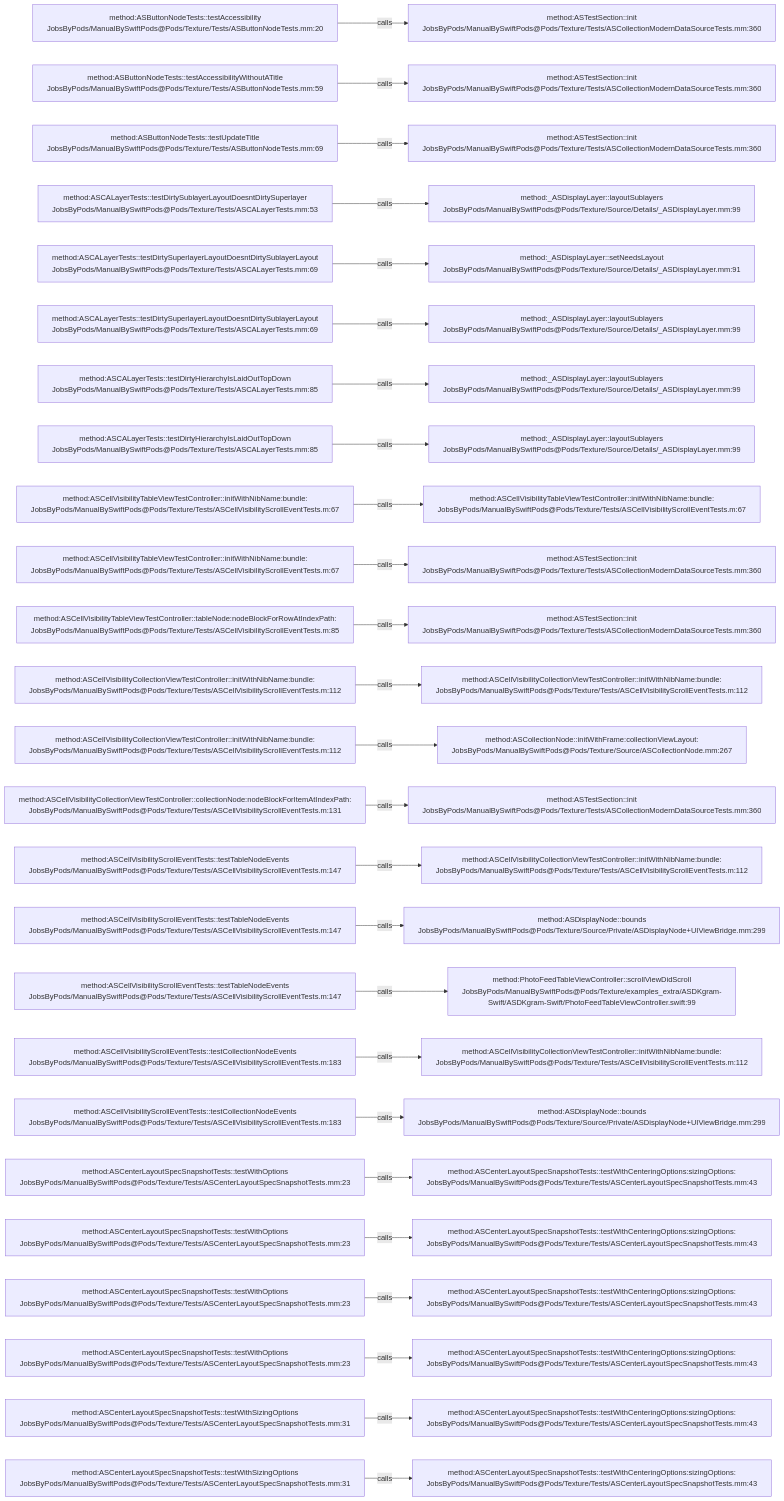
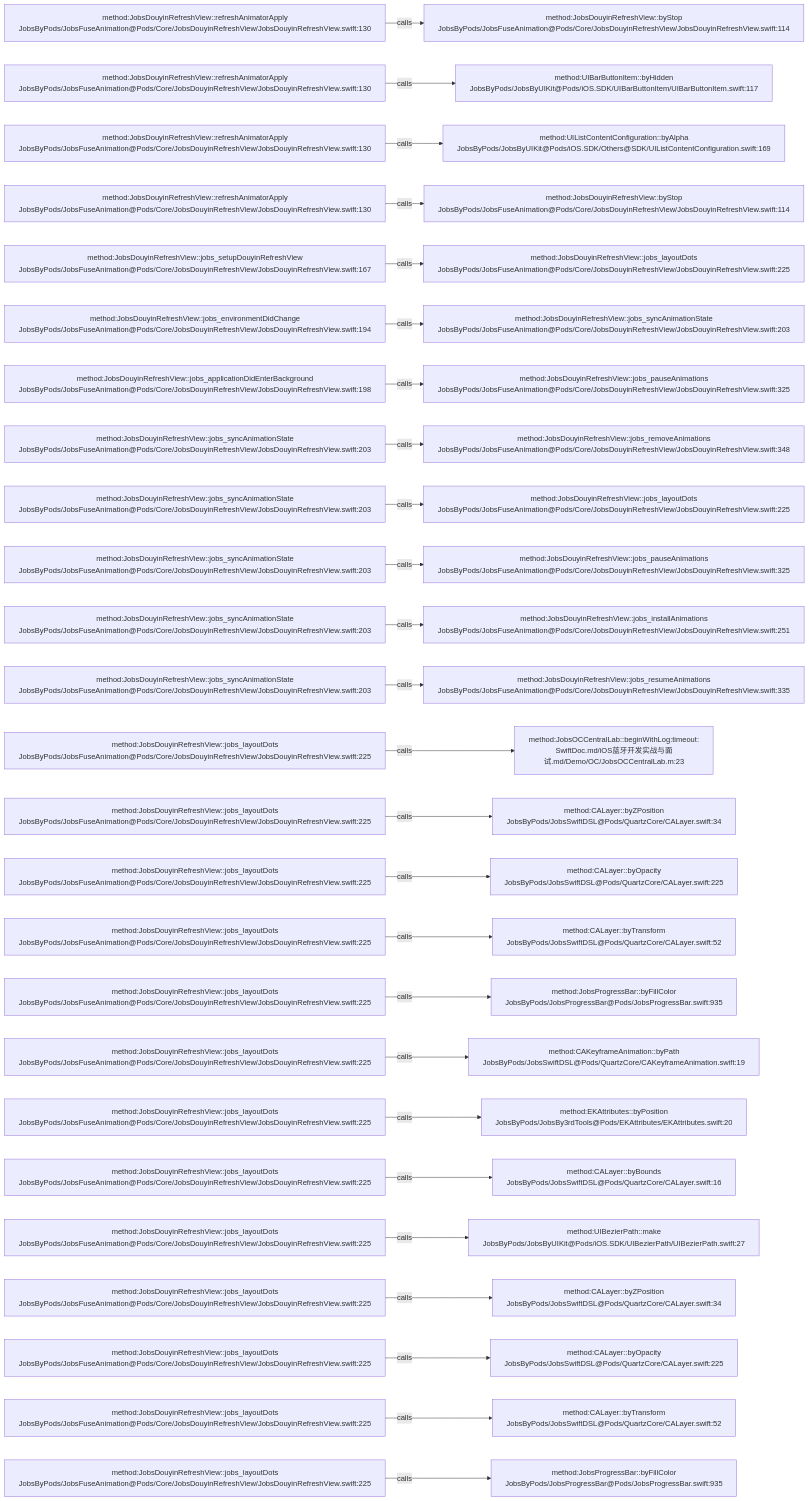
One commit to JobsKits/JobsSwiftBaseConfigDemo changed the diagram in .codegraph/codegraph.md/graphs/calls-166.md. Above: the diagram before and after it, drawn with Mermaid. The commit also changed 224 other files, not shown here.

````diff
--- a/.codegraph/codegraph.md/graphs/calls-166.md
+++ b/.codegraph/codegraph.md/graphs/calls-166.md
@@ -13,78 +13,78 @@
 ```mermaid
 flowchart LR
-  S1["method:ASButtonNodeTests::testAccessibility<br/>JobsByPods/ManualBySwiftPods@Pods/Texture/Tests/ASButtonNodeTests.mm:20"]
-  T1["method:ASTestSection::init<br/>JobsByPods/ManualBySwiftPods@Pods/Texture/Tests/ASCollectionModernDataSourceTests.mm:360"]
+  S1["method:JobsDouyinRefreshView::refreshAnimatorApply<br/>JobsByPods/JobsFuseAnimation@Pods/Core/JobsDouyinRefreshView/JobsDouyinRefreshView.swift:130"]
+  T1["method:JobsDouyinRefreshView::byStop<br/>JobsByPods/JobsFuseAnimation@Pods/Core/JobsDouyinRefreshView/JobsDouyinRefreshView.swift:114"]
   S1 -->|calls| T1
-  S2["method:ASButtonNodeTests::testAccessibilityWithoutATitle<br/>JobsByPods/ManualBySwiftPods@Pods/Texture/Tests/ASButtonNodeTests.mm:59"]
-  T2["method:ASTestSection::init<br/>JobsByPods/ManualBySwiftPods@Pods/Texture/Tests/ASCollectionModernDataSourceTests.mm:360"]
+  S2["method:JobsDouyinRefreshView::refreshAnimatorApply<br/>JobsByPods/JobsFuseAnimation@Pods/Core/JobsDouyinRefreshView/JobsDouyinRefreshView.swift:130"]
+  T2["method:UIBarButtonItem::byHidden<br/>JobsByPods/JobsByUIKit@Pods/iOS.SDK/UIBarButtonItem/UIBarButtonItem.swift:117"]
   S2 -->|calls| T2
-  S3["method:ASButtonNodeTests::testUpdateTitle<br/>JobsByPods/ManualBySwiftPods@Pods/Texture/Tests/ASButtonNodeTests.mm:69"]
-  T3["method:ASTestSection::init<br/>JobsByPods/ManualBySwiftPods@Pods/Texture/Tests/ASCollectionModernDataSourceTests.mm:360"]
+  S3["method:JobsDouyinRefreshView::refreshAnimatorApply<br/>JobsByPods/JobsFuseAnimation@Pods/Core/JobsDouyinRefreshView/JobsDouyinRefreshView.swift:130"]
+  T3["method:UIListContentConfiguration::byAlpha<br/>JobsByPods/JobsByUIKit@Pods/iOS.SDK/Others@SDK/UIListContentConfiguration.swift:169"]
   S3 -->|calls| T3
-  S4["method:ASCALayerTests::testDirtySublayerLayoutDoesntDirtySuperlayer<br/>JobsByPods/ManualBySwiftPods@Pods/Texture/Tests/ASCALayerTests.mm:53"]
-  T4["method:_ASDisplayLayer::layoutSublayers<br/>JobsByPods/ManualBySwiftPods@Pods/Texture/Source/Details/_ASDisplayLayer.mm:99"]
+  S4["method:JobsDouyinRefreshView::refreshAnimatorApply<br/>JobsByPods/JobsFuseAnimation@Pods/Core/JobsDouyinRefreshView/JobsDouyinRefreshView.swift:130"]
+  T4["method:JobsDouyinRefreshView::byStop<br/>JobsByPods/JobsFuseAnimation@Pods/Core/JobsDouyinRefreshView/JobsDouyinRefreshView.swift:114"]
   S4 -->|calls| T4
-  S5["method:ASCALayerTests::testDirtySuperlayerLayoutDoesntDirtySublayerLayout<br/>JobsByPods/ManualBySwiftPods@Pods/Texture/Tests/ASCALayerTests.mm:69"]
-  T5["method:_ASDisplayLayer::setNeedsLayout<br/>JobsByPods/ManualBySwiftPods@Pods/Texture/Source/Details/_ASDisplayLayer.mm:91"]
+  S5["method:JobsDouyinRefreshView::jobs_setupDouyinRefreshView<br/>JobsByPods/JobsFuseAnimation@Pods/Core/JobsDouyinRefreshView/JobsDouyinRefreshView.swift:167"]
+  T5["method:JobsDouyinRefreshView::jobs_layoutDots<br/>JobsByPods/JobsFuseAnimation@Pods/Core/JobsDouyinRefreshView/JobsDouyinRefreshView.swift:225"]
   S5 -->|calls| T5
-  S6["method:ASCALayerTests::testDirtySuperlayerLayoutDoesntDirtySublayerLayout<br/>JobsByPods/ManualBySwiftPods@Pods/Texture/Tests/ASCALayerTests.mm:69"]
-  T6["method:_ASDisplayLayer::layoutSublayers<br/>JobsByPods/ManualBySwiftPods@Pods/Texture/Source/Details/_ASDisplayLayer.mm:99"]
+  S6["method:JobsDouyinRefreshView::jobs_environmentDidChange<br/>JobsByPods/JobsFuseAnimation@Pods/Core/JobsDouyinRefreshView/JobsDouyinRefreshView.swift:194"]
+  T6["method:JobsDouyinRefreshView::jobs_syncAnimationState<br/>JobsByPods/JobsFuseAnimation@Pods/Core/JobsDouyinRefreshView/JobsDouyinRefreshView.swift:203"]
   S6 -->|calls| T6
-  S7["method:ASCALayerTests::testDirtyHierarchyIsLaidOutTopDown<br/>JobsByPods/ManualBySwiftPods@Pods/Texture/Tests/ASCALayerTests.mm:85"]
-  T7["method:_ASDisplayLayer::layoutSublayers<br/>JobsByPods/ManualBySwiftPods@Pods/Texture/Source/Details/_ASDisplayLayer.mm:99"]
+  S7["method:JobsDouyinRefreshView::jobs_applicationDidEnterBackground<br/>JobsByPods/JobsFuseAnimation@Pods/Core/JobsDouyinRefreshView/JobsDouyinRefreshView.swift:198"]
+  T7["method:JobsDouyinRefreshView::jobs_pauseAnimations<br/>JobsByPods/JobsFuseAnimation@Pods/Core/JobsDouyinRefreshView/JobsDouyinRefreshView.swift:325"]
   S7 -->|calls| T7
-  S8["method:ASCALayerTests::testDirtyHierarchyIsLaidOutTopDown<br/>JobsByPods/ManualBySwiftPods@Pods/Texture/Tests/ASCALayerTests.mm:85"]
-  T8["method:_ASDisplayLayer::layoutSublayers<br/>JobsByPods/ManualBySwiftPods@Pods/Texture/Source/Details/_ASDisplayLayer.mm:99"]
+  S8["method:JobsDouyinRefreshView::jobs_syncAnimationState<br/>JobsByPods/JobsFuseAnimation@Pods/Core/JobsDouyinRefreshView/JobsDouyinRefreshView.swift:203"]
+  T8["method:JobsDouyinRefreshView::jobs_removeAnimations<br/>JobsByPods/JobsFuseAnimation@Pods/Core/JobsDouyinRefreshView/JobsDouyinRefreshView.swift:348"]
   S8 -->|calls| T8
-  S9["method:ASCellVisibilityTableViewTestController::initWithNibName:bundle:<br/>JobsByPods/ManualBySwiftPods@Pods/Texture/Tests/ASCellVisibilityScrollEventTests.m:67"]
-  T9["method:ASCellVisibilityTableViewTestController::initWithNibName:bundle:<br/>JobsByPods/ManualBySwiftPods@Pods/Texture/Tests/ASCellVisibilityScrollEventTests.m:67"]
+  S9["method:JobsDouyinRefreshView::jobs_syncAnimationState<br/>JobsByPods/JobsFuseAnimation@Pods/Core/JobsDouyinRefreshView/JobsDouyinRefreshView.swift:203"]
+  T9["method:JobsDouyinRefreshView::jobs_layoutDots<br/>JobsByPods/JobsFuseAnimation@Pods/Core/JobsDouyinRefreshView/JobsDouyinRefreshView.swift:225"]
   S9 -->|calls| T9
-  S10["method:ASCellVisibilityTableViewTestController::initWithNibName:bundle:<br/>JobsByPods/ManualBySwiftPods@Pods/Texture/Tests/ASCellVisibilityScrollEventTests.m:67"]
-  T10["method:ASTestSection::init<br/>JobsByPods/ManualBySwiftPods@Pods/Texture/Tests/ASCollectionModernDataSourceTests.mm:360"]
+  S10["method:JobsDouyinRefreshView::jobs_syncAnimationState<br/>JobsByPods/JobsFuseAnimation@Pods/Core/JobsDouyinRefreshView/JobsDouyinRefreshView.swift:203"]
+  T10["method:JobsDouyinRefreshView::jobs_pauseAnimations<br/>JobsByPods/JobsFuseAnimation@Pods/Core/JobsDouyinRefreshView/JobsDouyinRefreshView.swift:325"]
   S10 -->|calls| T10
-  S11["method:ASCellVisibilityTableViewTestController::tableNode:nodeBlockForRowAtIndexPath:<br/>JobsByPods/ManualBySwiftPods@Pods/Texture/Tests/ASCellVisibilityScrollEventTests.m:85"]
-  T11["method:ASTestSection::init<br/>JobsByPods/ManualBySwiftPods@Pods/Texture/Tests/ASCollectionModernDataSourceTests.mm:360"]
+  S11["method:JobsDouyinRefreshView::jobs_syncAnimationState<br/>JobsByPods/JobsFuseAnimation@Pods/Core/JobsDouyinRefreshView/JobsDouyinRefreshView.swift:203"]
+  T11["method:JobsDouyinRefreshView::jobs_installAnimations<br/>JobsByPods/JobsFuseAnimation@Pods/Core/JobsDouyinRefreshView/JobsDouyinRefreshView.swift:251"]
   S11 -->|calls| T11
-  S12["method:ASCellVisibilityCollectionViewTestController::initWithNibName:bundle:<br/>JobsByPods/ManualBySwiftPods@Pods/Texture/Tests/ASCellVisibilityScrollEventTests.m:112"]
-  T12["method:ASCellVisibilityCollectionViewTestController::initWithNibName:bundle:<br/>JobsByPods/ManualBySwiftPods@Pods/Texture/Tests/ASCellVisibilityScrollEventTests.m:112"]
+  S12["method:JobsDouyinRefreshView::jobs_syncAnimationState<br/>JobsByPods/JobsFuseAnimation@Pods/Core/JobsDouyinRefreshView/JobsDouyinRefreshView.swift:203"]
+  T12["method:JobsDouyinRefreshView::jobs_resumeAnimations<br/>JobsByPods/JobsFuseAnimation@Pods/Core/JobsDouyinRefreshView/JobsDouyinRefreshView.swift:335"]
   S12 -->|calls| T12
-  S13["method:ASCellVisibilityCollectionViewTestController::initWithNibName:bundle:<br/>JobsByPods/ManualBySwiftPods@Pods/Texture/Tests/ASCellVisibilityScrollEventTests.m:112"]
-  T13["method:ASCollectionNode::initWithFrame:collectionViewLayout:<br/>JobsByPods/ManualBySwiftPods@Pods/Texture/Source/ASCollectionNode.mm:267"]
+  S13["method:JobsDouyinRefreshView::jobs_layoutDots<br/>JobsByPods/JobsFuseAnimation@Pods/Core/JobsDouyinRefreshView/JobsDouyinRefreshView.swift:225"]
+  T13["method:JobsOCCentralLab::beginWithLog:timeout:<br/>SwiftDoc.md/iOS蓝牙开发实战与面试.md/Demo/OC/JobsOCCentralLab.m:23"]
   S13 -->|calls| T13
-  S14["method:ASCellVisibilityCollectionViewTestController::collectionNode:nodeBlockForItemAtIndexPath:<br/>JobsByPods/ManualBySwiftPods@Pods/Texture/Tests/ASCellVisibilityScrollEventTests.m:131"]
-  T14["method:ASTestSection::init<br/>JobsByPods/ManualBySwiftPods@Pods/Texture/Tests/ASCollectionModernDataSourceTests.mm:360"]
+  S14["method:JobsDouyinRefreshView::jobs_layoutDots<br/>JobsByPods/JobsFuseAnimation@Pods/Core/JobsDouyinRefreshView/JobsDouyinRefreshView.swift:225"]
+  T14["method:CALayer::byZPosition<br/>JobsByPods/JobsSwiftDSL@Pods/QuartzCore/CALayer.swift:34"]
   S14 -->|calls| T14
-  S15["method:ASCellVisibilityScrollEventTests::testTableNodeEvents<br/>JobsByPods/ManualBySwiftPods@Pods/Texture/Tests/ASCellVisibilityScrollEventTests.m:147"]
-  T15["method:ASCellVisibilityCollectionViewTestController::initWithNibName:bundle:<br/>JobsByPods/ManualBySwiftPods@Pods/Texture/Tests/ASCellVisibilityScrollEventTests.m:112"]
+  S15["method:JobsDouyinRefreshView::jobs_layoutDots<br/>JobsByPods/JobsFuseAnimation@Pods/Core/JobsDouyinRefreshView/JobsDouyinRefreshView.swift:225"]
+  T15["method:CALayer::byOpacity<br/>JobsByPods/JobsSwiftDSL@Pods/QuartzCore/CALayer.swift:225"]
   S15 -->|calls| T15
-  S16["method:ASCellVisibilityScrollEventTests::testTableNodeEvents<br/>JobsByPods/ManualBySwiftPods@Pods/Texture/Tests/ASCellVisibilityScrollEventTests.m:147"]
-  T16["method:ASDisplayNode::bounds<br/>JobsByPods/ManualBySwiftPods@Pods/Texture/Source/Private/ASDisplayNode+UIViewBridge.mm:299"]
+  S16["method:JobsDouyinRefreshView::jobs_layoutDots<br/>JobsByPods/JobsFuseAnimation@Pods/Core/JobsDouyinRefreshView/JobsDouyinRefreshView.swift:225"]
+  T16["method:CALayer::byTransform<br/>JobsByPods/JobsSwiftDSL@Pods/QuartzCore/CALayer.swift:52"]
   S16 -->|calls| T16
-  S17["method:ASCellVisibilityScrollEventTests::testTableNodeEvents<br/>JobsByPods/ManualBySwiftPods@Pods/Texture/Tests/ASCellVisibilityScrollEventTests.m:147"]
-  T17["method:PhotoFeedTableViewController::scrollViewDidScroll<br/>JobsByPods/ManualBySwiftPods@Pods/Texture/examples_extra/ASDKgram-Swift/ASDKgram-Swift/PhotoFeedTableViewController.swift:99"]
+  S17["method:JobsDouyinRefreshView::jobs_layoutDots<br/>JobsByPods/JobsFuseAnimation@Pods/Core/JobsDouyinRefreshView/JobsDouyinRefreshView.swift:225"]
+  T17["method:JobsProgressBar::byFillColor<br/>JobsByPods/JobsProgressBar@Pods/JobsProgressBar.swift:935"]
   S17 -->|calls| T17
-  S18["method:ASCellVisibilityScrollEventTests::testCollectionNodeEvents<br/>JobsByPods/ManualBySwiftPods@Pods/Texture/Tests/ASCellVisibilityScrollEventTests.m:183"]
-  T18["method:ASCellVisibilityCollectionViewTestController::initWithNibName:bundle:<br/>JobsByPods/ManualBySwiftPods@Pods/Texture/Tests/ASCellVisibilityScrollEventTests.m:112"]
+  S18["method:JobsDouyinRefreshView::jobs_layoutDots<br/>JobsByPods/JobsFuseAnimation@Pods/Core/JobsDouyinRefreshView/JobsDouyinRefreshView.swift:225"]
+  T18["method:CAKeyframeAnimation::byPath<br/>JobsByPods/JobsSwiftDSL@Pods/QuartzCore/CAKeyframeAnimation.swift:19"]
   S18 -->|calls| T18
-  S19["method:ASCellVisibilityScrollEventTests::testCollectionNodeEvents<br/>JobsByPods/ManualBySwiftPods@Pods/Texture/Tests/ASCellVisibilityScrollEventTests.m:183"]
-  T19["method:ASDisplayNode::bounds<br/>JobsByPods/ManualBySwiftPods@Pods/Texture/Source/Private/ASDisplayNode+UIViewBridge.mm:299"]
+  S19["method:JobsDouyinRefreshView::jobs_layoutDots<br/>JobsByPods/JobsFuseAnimation@Pods/Core/JobsDouyinRefreshView/JobsDouyinRefreshView.swift:225"]
+  T19["method:EKAttributes::byPosition<br/>JobsByPods/JobsBy3rdTools@Pods/EKAttributes/EKAttributes.swift:20"]
   S19 -->|calls| T19
-  S20["method:ASCenterLayoutSpecSnapshotTests::testWithOptions<br/>JobsByPods/ManualBySwiftPods@Pods/Texture/Tests/ASCenterLayoutSpecSnapshotTests.mm:23"]
-  T20["method:ASCenterLayoutSpecSnapshotTests::testWithCenteringOptions:sizingOptions:<br/>JobsByPods/ManualBySwiftPods@Pods/Texture/Tests/ASCenterLayoutSpecSnapshotTests.mm:43"]
+  S20["method:JobsDouyinRefreshView::jobs_layoutDots<br/>JobsByPods/JobsFuseAnimation@Pods/Core/JobsDouyinRefreshView/JobsDouyinRefreshView.swift:225"]
+  T20["method:CALayer::byBounds<br/>JobsByPods/JobsSwiftDSL@Pods/QuartzCore/CALayer.swift:16"]
   S20 -->|calls| T20
-  S21["method:ASCenterLayoutSpecSnapshotTests::testWithOptions<br/>JobsByPods/ManualBySwiftPods@Pods/Texture/Tests/ASCenterLayoutSpecSnapshotTests.mm:23"]
-  T21["method:ASCenterLayoutSpecSnapshotTests::testWithCenteringOptions:sizingOptions:<br/>JobsByPods/ManualBySwiftPods@Pods/Texture/Tests/ASCenterLayoutSpecSnapshotTests.mm:43"]
+  S21["method:JobsDouyinRefreshView::jobs_layoutDots<br/>JobsByPods/JobsFuseAnimation@Pods/Core/JobsDouyinRefreshView/JobsDouyinRefreshView.swift:225"]
+  T21["method:UIBezierPath::make<br/>JobsByPods/JobsByUIKit@Pods/iOS.SDK/UIBezierPath/UIBezierPath.swift:27"]
   S21 -->|calls| T21
-  S22["method:ASCenterLayoutSpecSnapshotTests::testWithOptions<br/>JobsByPods/ManualBySwiftPods@Pods/Texture/Tests/ASCenterLayoutSpecSnapshotTests.mm:23"]
-  T22["method:ASCenterLayoutSpecSnapshotTests::testWithCenteringOptions:sizingOptions:<br/>JobsByPods/ManualBySwiftPods@Pods/Texture/Tests/ASCenterLayoutSpecSnapshotTests.mm:43"]
+  S22["method:JobsDouyinRefreshView::jobs_layoutDots<br/>JobsByPods/JobsFuseAnimation@Pods/Core/JobsDouyinRefreshView/JobsDouyinRefreshView.swift:225"]
+  T22["method:CALayer::byZPosition<br/>JobsByPods/JobsSwiftDSL@Pods/QuartzCore/CALayer.swift:34"]
   S22 -->|calls| T22
-  S23["method:ASCenterLayoutSpecSnapshotTests::testWithOptions<br/>JobsByPods/ManualBySwiftPods@Pods/Texture/Tests/ASCenterLayoutSpecSnapshotTests.mm:23"]
-  T23["method:ASCenterLayoutSpecSnapshotTests::testWithCenteringOptions:sizingOptions:<br/>JobsByPods/ManualBySwiftPods@Pods/Texture/Tests/ASCenterLayoutSpecSnapshotTests.mm:43"]
+  S23["method:JobsDouyinRefreshView::jobs_layoutDots<br/>JobsByPods/JobsFuseAnimation@Pods/Core/JobsDouyinRefreshView/JobsDouyinRefreshView.swift:225"]
+  T23["method:CALayer::byOpacity<br/>JobsByPods/JobsSwiftDSL@Pods/QuartzCore/CALayer.swift:225"]
   S23 -->|calls| T23
-  S24["method:ASCenterLayoutSpecSnapshotTests::testWithSizingOptions<br/>JobsByPods/ManualBySwiftPods@Pods/Texture/Tests/ASCenterLayoutSpecSnapshotTests.mm:31"]
-  T24["method:ASCenterLayoutSpecSnapshotTests::testWithCenteringOptions:sizingOptions:<br/>JobsByPods/ManualBySwiftPods@Pods/Texture/Tests/ASCenterLayoutSpecSnapshotTests.mm:43"]
+  S24["method:JobsDouyinRefreshView::jobs_layoutDots<br/>JobsByPods/JobsFuseAnimation@Pods/Core/JobsDouyinRefreshView/JobsDouyinRefreshView.swift:225"]
+  T24["method:CALayer::byTransform<br/>JobsByPods/JobsSwiftDSL@Pods/QuartzCore/CALayer.swift:52"]
   S24 -->|calls| T24
-  S25["method:ASCenterLayoutSpecSnapshotTests::testWithSizingOptions<br/>JobsByPods/ManualBySwiftPods@Pods/Texture/Tests/ASCenterLayoutSpecSnapshotTests.mm:31"]
-  T25["method:ASCenterLayoutSpecSnapshotTests::testWithCenteringOptions:sizingOptions:<br/>JobsByPods/ManualBySwiftPods@Pods/Texture/Tests/ASCenterLayoutSpecSnapshotTests.mm:43"]
+  S25["method:JobsDouyinRefreshView::jobs_layoutDots<br/>JobsByPods/JobsFuseAnimation@Pods/Core/JobsDouyinRefreshView/JobsDouyinRefreshView.swift:225"]
+  T25["method:JobsProgressBar::byFillColor<br/>JobsByPods/JobsProgressBar@Pods/JobsProgressBar.swift:935"]
   S25 -->|calls| T25
 ```
````
